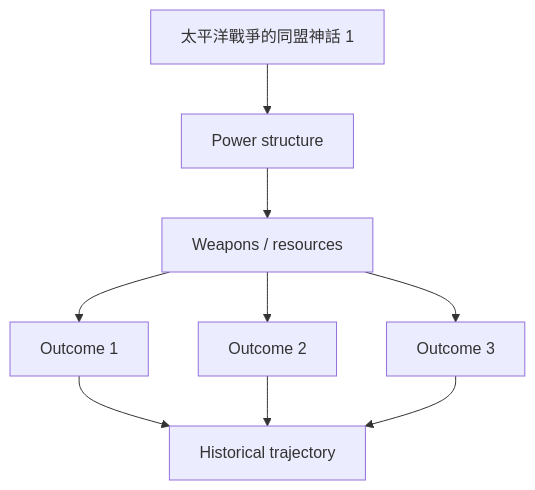
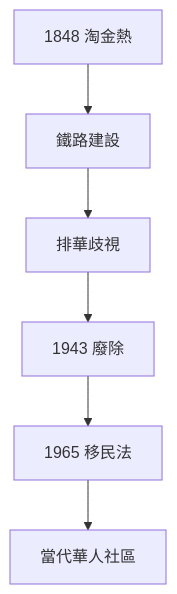
The second of 7 diagrams in 01_HKU_Courses/HIST2118_Chinese_and_Americans.md (yip-lgtm/HKU-Harvard-History-Self-Study), drawn with Mermaid before and after one commit. The commit also changed other lines of this file and 48 other files, not shown here.

````diff
--- a/01_HKU_Courses/HIST2118_Chinese_and_Americans.md
+++ b/01_HKU_Courses/HIST2118_Chinese_and_Americans.md
@@ -228,11 +105,8 @@
 ```mermaid
-graph TD
-    A[太平洋戰爭的同盟神話 1] --> B[Power structure]
-    B --> C[Weapons / resources]
-    C --> D[Outcome 1]
-    C --> E[Outcome 2]
-    C --> F[Outcome 3]
-    D --> G[Historical trajectory]
-    E --> G
-    F --> G
+flowchart TD
+    A[1848 淘金熱] --> B[鐵路建設]
+    B --> C[排華歧視]
+    C --> D[1943 廢除]
+    D --> E[1965 移民法]
+    E --> F[當代華人社區]
 ```
````
